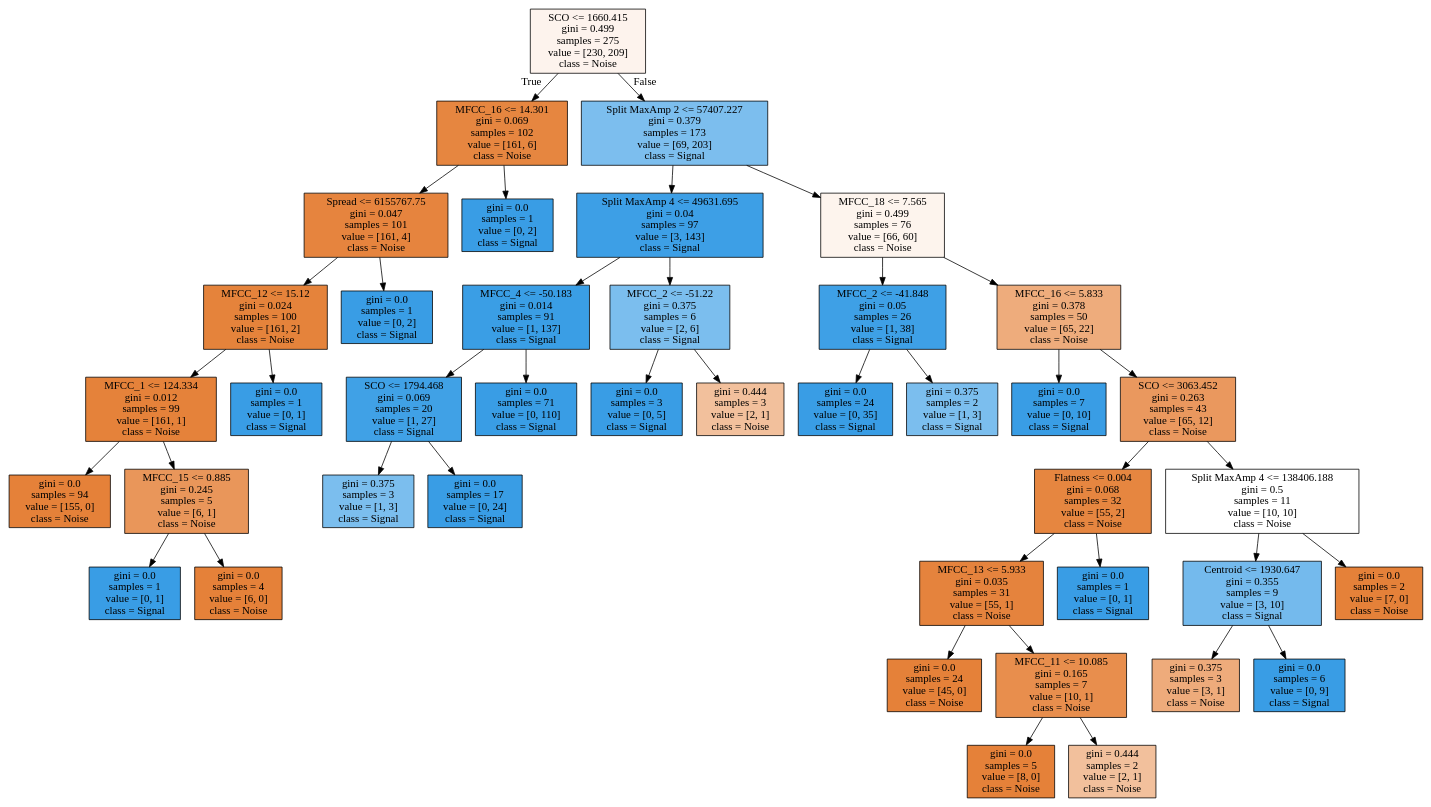
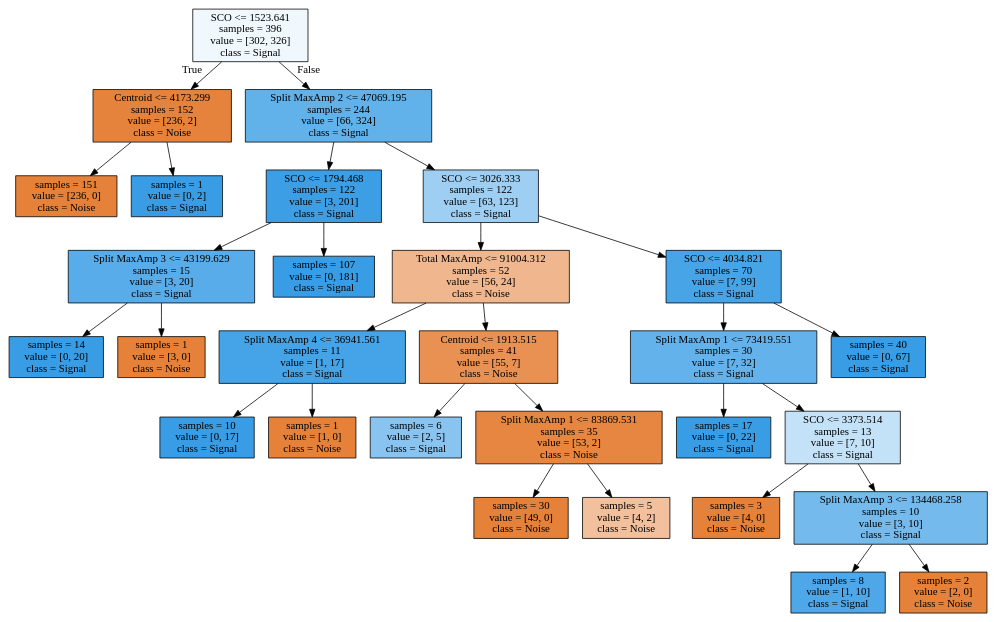
Before and after one commit to Waclaw-Nietzsche/Diploma: the diagram in Classifier/tree.dot, drawn with Graphviz. The commit also changed 9 other files, not shown here.

```diff
--- a/Classifier/tree.dot
+++ b/Classifier/tree.dot
@@ -1,84 +1,60 @@
 digraph Tree {
 node [shape=box, style="filled", color="black"] ;
-0 [label="SCO <= 1660.415\ngini = 0.499\nsamples = 275\nvalue = [230, 209]\nclass = Noise", fillcolor="#fdf3ed"] ;
-1 [label="MFCC_16 <= 14.301\ngini = 0.069\nsamples = 102\nvalue = [161, 6]\nclass = Noise", fillcolor="#e68640"] ;
+0 [label="SCO <= 1523.641\nsamples = 396\nvalue = [302, 326]\nclass = Signal", fillcolor="#f0f8fd"] ;
+1 [label="Centroid <= 4173.299\nsamples = 152\nvalue = [236, 2]\nclass = Noise", fillcolor="#e5823b"] ;
 0 -> 1 [labeldistance=2.5, labelangle=45, headlabel="True"] ;
-13 [label="Spread <= 6155767.75\ngini = 0.047\nsamples = 101\nvalue = [161, 4]\nclass = Noise", fillcolor="#e6843e"] ;
-1 -> 13 ;
-15 [label="MFCC_12 <= 15.12\ngini = 0.024\nsamples = 100\nvalue = [161, 2]\nclass = Noise", fillcolor="#e5833b"] ;
+9 [label="samples = 151\nvalue = [236, 0]\nclass = Noise", fillcolor="#e58139"] ;
+1 -> 9 ;
+10 [label="samples = 1\nvalue = [0, 2]\nclass = Signal", fillcolor="#399de5"] ;
+1 -> 10 ;
+2 [label="Split MaxAmp 2 <= 47069.195\nsamples = 244\nvalue = [66, 324]\nclass = Signal", fillcolor="#61b1ea"] ;
+0 -> 2 [labeldistance=2.5, labelangle=-45, headlabel="False"] ;
+3 [label="SCO <= 1794.468\nsamples = 122\nvalue = [3, 201]\nclass = Signal", fillcolor="#3c9ee5"] ;
+2 -> 3 ;
+17 [label="Split MaxAmp 3 <= 43199.629\nsamples = 15\nvalue = [3, 20]\nclass = Signal", fillcolor="#57ace9"] ;
+3 -> 17 ;
+19 [label="samples = 14\nvalue = [0, 20]\nclass = Signal", fillcolor="#399de5"] ;
+17 -> 19 ;
+20 [label="samples = 1\nvalue = [3, 0]\nclass = Noise", fillcolor="#e58139"] ;
+17 -> 20 ;
+18 [label="samples = 107\nvalue = [0, 181]\nclass = Signal", fillcolor="#399de5"] ;
+3 -> 18 ;
+4 [label="SCO <= 3026.333\nsamples = 122\nvalue = [63, 123]\nclass = Signal", fillcolor="#9ecff2"] ;
+2 -> 4 ;
+5 [label="Total MaxAmp <= 91004.312\nsamples = 52\nvalue = [56, 24]\nclass = Noise", fillcolor="#f0b78e"] ;
+4 -> 5 ;
+7 [label="Split MaxAmp 4 <= 36941.561\nsamples = 11\nvalue = [1, 17]\nclass = Signal", fillcolor="#45a3e7"] ;
+5 -> 7 ;
+25 [label="samples = 10\nvalue = [0, 17]\nclass = Signal", fillcolor="#399de5"] ;
+7 -> 25 ;
+26 [label="samples = 1\nvalue = [1, 0]\nclass = Noise", fillcolor="#e58139"] ;
+7 -> 26 ;
+8 [label="Centroid <= 1913.515\nsamples = 41\nvalue = [55, 7]\nclass = Noise", fillcolor="#e89152"] ;
+5 -> 8 ;
+11 [label="samples = 6\nvalue = [2, 5]\nclass = Signal", fillcolor="#88c4ef"] ;
+8 -> 11 ;
+12 [label="Split MaxAmp 1 <= 83869.531\nsamples = 35\nvalue = [53, 2]\nclass = Noise", fillcolor="#e68640"] ;
+8 -> 12 ;
+21 [label="samples = 30\nvalue = [49, 0]\nclass = Noise", fillcolor="#e58139"] ;
+12 -> 21 ;
+22 [label="samples = 5\nvalue = [4, 2]\nclass = Noise", fillcolor="#f2c09c"] ;
+12 -> 22 ;
+6 [label="SCO <= 4034.821\nsamples = 70\nvalue = [7, 99]\nclass = Signal", fillcolor="#47a4e7"] ;
+4 -> 6 ;
+13 [label="Split MaxAmp 1 <= 73419.551\nsamples = 30\nvalue = [7, 32]\nclass = Signal", fillcolor="#64b2eb"] ;
+6 -> 13 ;
+15 [label="samples = 17\nvalue = [0, 22]\nclass = Signal", fillcolor="#399de5"] ;
 13 -> 15 ;
-19 [label="MFCC_1 <= 124.334\ngini = 0.012\nsamples = 99\nvalue = [161, 1]\nclass = Noise", fillcolor="#e5823a"] ;
-15 -> 19 ;
-29 [label="gini = 0.0\nsamples = 94\nvalue = [155, 0]\nclass = Noise", fillcolor="#e58139"] ;
-19 -> 29 ;
-30 [label="MFCC_15 <= 0.885\ngini = 0.245\nsamples = 5\nvalue = [6, 1]\nclass = Noise", fillcolor="#e9965a"] ;
-19 -> 30 ;
-31 [label="gini = 0.0\nsamples = 1\nvalue = [0, 1]\nclass = Signal", fillcolor="#399de5"] ;
-30 -> 31 ;
-32 [label="gini = 0.0\nsamples = 4\nvalue = [6, 0]\nclass = Noise", fillcolor="#e58139"] ;
-30 -> 32 ;
-20 [label="gini = 0.0\nsamples = 1\nvalue = [0, 1]\nclass = Signal", fillcolor="#399de5"] ;
-15 -> 20 ;
-16 [label="gini = 0.0\nsamples = 1\nvalue = [0, 2]\nclass = Signal", fillcolor="#399de5"] ;
+16 [label="SCO <= 3373.514\nsamples = 13\nvalue = [7, 10]\nclass = Signal", fillcolor="#c4e2f7"] ;
 13 -> 16 ;
-14 [label="gini = 0.0\nsamples = 1\nvalue = [0, 2]\nclass = Signal", fillcolor="#399de5"] ;
-1 -> 14 ;
-2 [label="Split MaxAmp 2 <= 57407.227\ngini = 0.379\nsamples = 173\nvalue = [69, 203]\nclass = Signal", fillcolor="#7cbeee"] ;
-0 -> 2 [labeldistance=2.5, labelangle=-45, headlabel="False"] ;
-3 [label="Split MaxAmp 4 <= 49631.695\ngini = 0.04\nsamples = 97\nvalue = [3, 143]\nclass = Signal", fillcolor="#3d9fe6"] ;
-2 -> 3 ;
-23 [label="MFCC_4 <= -50.183\ngini = 0.014\nsamples = 91\nvalue = [1, 137]\nclass = Signal", fillcolor="#3a9ee5"] ;
-3 -> 23 ;
-37 [label="SCO <= 1794.468\ngini = 0.069\nsamples = 20\nvalue = [1, 27]\nclass = Signal", fillcolor="#40a1e6"] ;
-23 -> 37 ;
-39 [label="gini = 0.375\nsamples = 3\nvalue = [1, 3]\nclass = Signal", fillcolor="#7bbeee"] ;
-37 -> 39 ;
-40 [label="gini = 0.0\nsamples = 17\nvalue = [0, 24]\nclass = Signal", fillcolor="#399de5"] ;
-37 -> 40 ;
-38 [label="gini = 0.0\nsamples = 71\nvalue = [0, 110]\nclass = Signal", fillcolor="#399de5"] ;
-23 -> 38 ;
-24 [label="MFCC_2 <= -51.22\ngini = 0.375\nsamples = 6\nvalue = [2, 6]\nclass = Signal", fillcolor="#7bbeee"] ;
-3 -> 24 ;
-25 [label="gini = 0.0\nsamples = 3\nvalue = [0, 5]\nclass = Signal", fillcolor="#399de5"] ;
-24 -> 25 ;
-26 [label="gini = 0.444\nsamples = 3\nvalue = [2, 1]\nclass = Noise", fillcolor="#f2c09c"] ;
-24 -> 26 ;
-4 [label="MFCC_18 <= 7.565\ngini = 0.499\nsamples = 76\nvalue = [66, 60]\nclass = Noise", fillcolor="#fdf4ed"] ;
-2 -> 4 ;
-5 [label="MFCC_2 <= -41.848\ngini = 0.05\nsamples = 26\nvalue = [1, 38]\nclass = Signal", fillcolor="#3ea0e6"] ;
-4 -> 5 ;
-27 [label="gini = 0.0\nsamples = 24\nvalue = [0, 35]\nclass = Signal", fillcolor="#399de5"] ;
-5 -> 27 ;
-28 [label="gini = 0.375\nsamples = 2\nvalue = [1, 3]\nclass = Signal", fillcolor="#7bbeee"] ;
-5 -> 28 ;
-6 [label="MFCC_16 <= 5.833\ngini = 0.378\nsamples = 50\nvalue = [65, 22]\nclass = Noise", fillcolor="#eeac7c"] ;
-4 -> 6 ;
-7 [label="gini = 0.0\nsamples = 7\nvalue = [0, 10]\nclass = Signal", fillcolor="#399de5"] ;
-6 -> 7 ;
-8 [label="SCO <= 3063.452\ngini = 0.263\nsamples = 43\nvalue = [65, 12]\nclass = Noise", fillcolor="#ea985e"] ;
-6 -> 8 ;
-9 [label="Flatness <= 0.004\ngini = 0.068\nsamples = 32\nvalue = [55, 2]\nclass = Noise", fillcolor="#e68640"] ;
-8 -> 9 ;
-21 [label="MFCC_13 <= 5.933\ngini = 0.035\nsamples = 31\nvalue = [55, 1]\nclass = Noise", fillcolor="#e5833d"] ;
-9 -> 21 ;
-33 [label="gini = 0.0\nsamples = 24\nvalue = [45, 0]\nclass = Noise", fillcolor="#e58139"] ;
-21 -> 33 ;
-34 [label="MFCC_11 <= 10.085\ngini = 0.165\nsamples = 7\nvalue = [10, 1]\nclass = Noise", fillcolor="#e88e4d"] ;
-21 -> 34 ;
-35 [label="gini = 0.0\nsamples = 5\nvalue = [8, 0]\nclass = Noise", fillcolor="#e58139"] ;
-34 -> 35 ;
-36 [label="gini = 0.444\nsamples = 2\nvalue = [2, 1]\nclass = Noise", fillcolor="#f2c09c"] ;
-34 -> 36 ;
-22 [label="gini = 0.0\nsamples = 1\nvalue = [0, 1]\nclass = Signal", fillcolor="#399de5"] ;
-9 -> 22 ;
-10 [label="Split MaxAmp 4 <= 138406.188\ngini = 0.5\nsamples = 11\nvalue = [10, 10]\nclass = Noise", fillcolor="#ffffff"] ;
-8 -> 10 ;
-11 [label="Centroid <= 1930.647\ngini = 0.355\nsamples = 9\nvalue = [3, 10]\nclass = Signal", fillcolor="#74baed"] ;
-10 -> 11 ;
-17 [label="gini = 0.375\nsamples = 3\nvalue = [3, 1]\nclass = Noise", fillcolor="#eeab7b"] ;
-11 -> 17 ;
-18 [label="gini = 0.0\nsamples = 6\nvalue = [0, 9]\nclass = Signal", fillcolor="#399de5"] ;
-11 -> 18 ;
-12 [label="gini = 0.0\nsamples = 2\nvalue = [7, 0]\nclass = Noise", fillcolor="#e58139"] ;
-10 -> 12 ;
+23 [label="samples = 3\nvalue = [4, 0]\nclass = Noise", fillcolor="#e58139"] ;
+16 -> 23 ;
+24 [label="Split MaxAmp 3 <= 134468.258\nsamples = 10\nvalue = [3, 10]\nclass = Signal", fillcolor="#74baed"] ;
+16 -> 24 ;
+27 [label="samples = 8\nvalue = [1, 10]\nclass = Signal", fillcolor="#4da7e8"] ;
+24 -> 27 ;
+28 [label="samples = 2\nvalue = [2, 0]\nclass = Noise", fillcolor="#e58139"] ;
+24 -> 28 ;
+14 [label="samples = 40\nvalue = [0, 67]\nclass = Signal", fillcolor="#399de5"] ;
+6 -> 14 ;
 }
```
